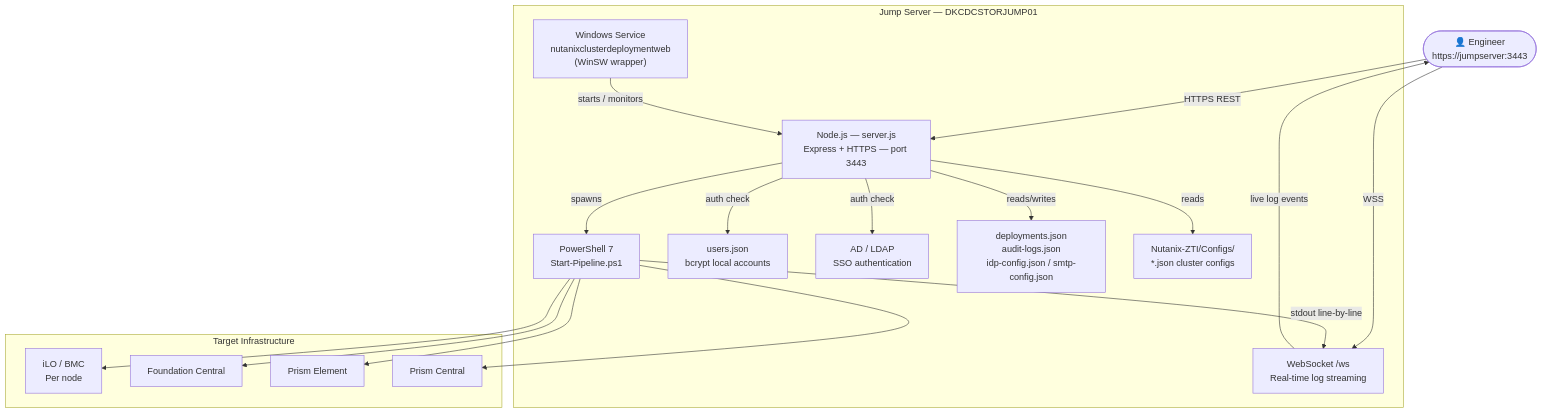
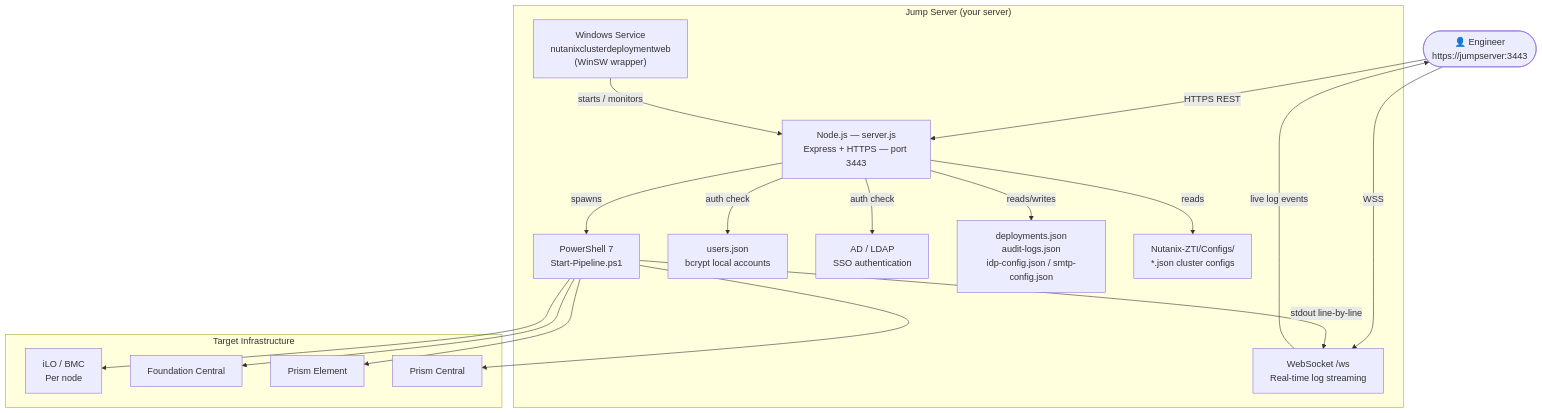
One commit to sonuagarwal-git/Nutanix-Zero-Touch-Deployment-Manager changed the first of 3 diagrams in deploy-cluster-app/README.md. Above: the diagram before and after it, drawn with Mermaid. The commit also changed other lines of this file and 1 other file, not shown here.

````diff
--- a/deploy-cluster-app/README.md
+++ b/deploy-cluster-app/README.md
@@ -55,37 +140,37 @@
 ```mermaid
 flowchart TD
     Browser(["👤 Engineer\nhttps://jumpserver:3443"])
 
-    subgraph JumpServer["Jump Server — DKCDCSTORJUMP01"]
+    subgraph JumpServer["Jump Server (your server)"]
         Service["Windows Service\nnutanixclusterdeploymentweb\n(WinSW wrapper)"]
         Node["Node.js — server.js\nExpress + HTTPS — port 3443"]
         WS["WebSocket /ws\nReal-time log streaming"]
         PS["PowerShell 7\nStart-Pipeline.ps1"]
         Users["users.json\nbcrypt local accounts"]
         LDAP["AD / LDAP\nSSO authentication"]
         DataFiles["deployments.json\naudit-logs.json\nidp-config.json / smtp-config.json"]
         Configs["Nutanix-ZTI/Configs/\n*.json cluster configs"]
     end
 
     subgraph Infra["Target Infrastructure"]
         iLO["iLO / BMC\nPer node"]
         FC["Foundation Central"]
         PE["Prism Element"]
         PC["Prism Central"]
     end
 
     Browser -- "HTTPS REST" --> Node
     Browser -- "WSS" --> WS
     Service -- "starts / monitors" --> Node
     Node -- "spawns" --> PS
     PS -- "stdout line-by-line" --> WS
     WS -- "live log events" --> Browser
     Node -- "reads" --> Configs
     Node -- "auth check" --> Users
     Node -- "auth check" --> LDAP
     Node -- "reads/writes" --> DataFiles
     PS --> iLO
     PS --> FC
     PS --> PE
     PS --> PC
 ```
````
